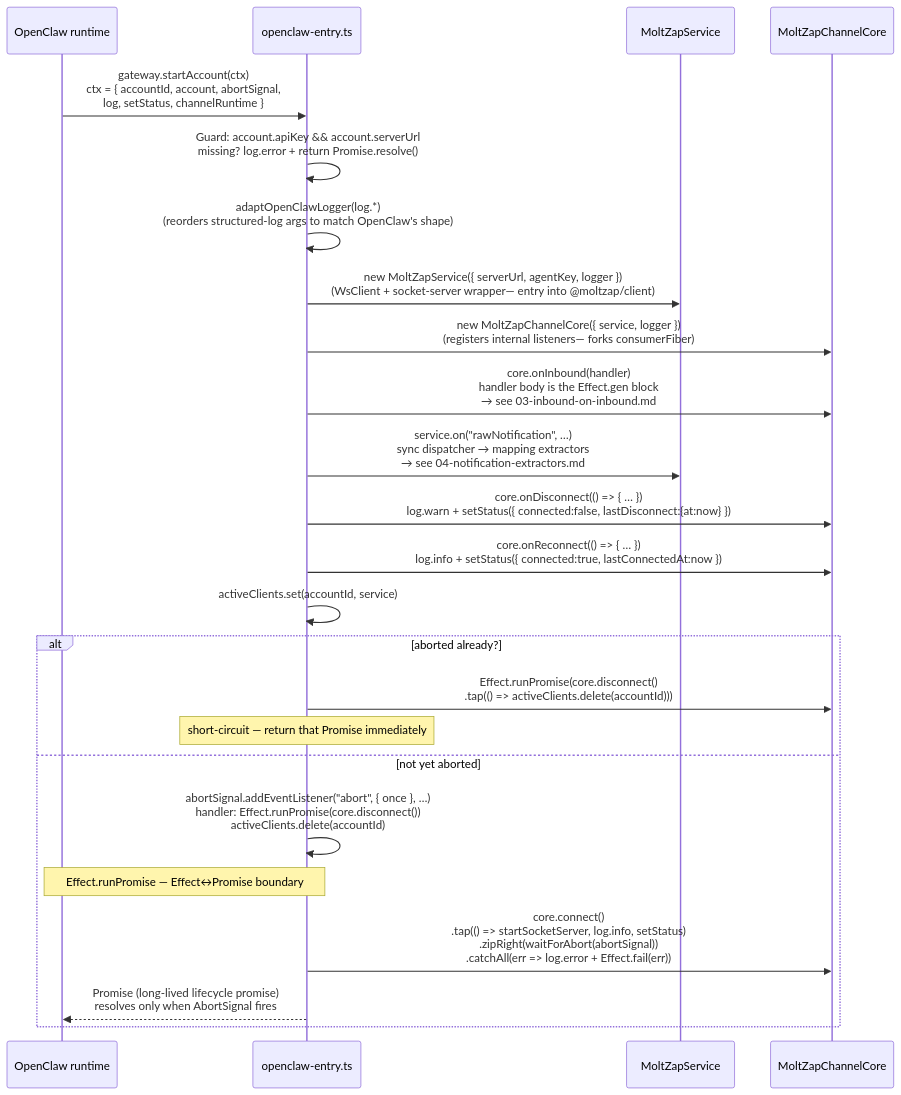
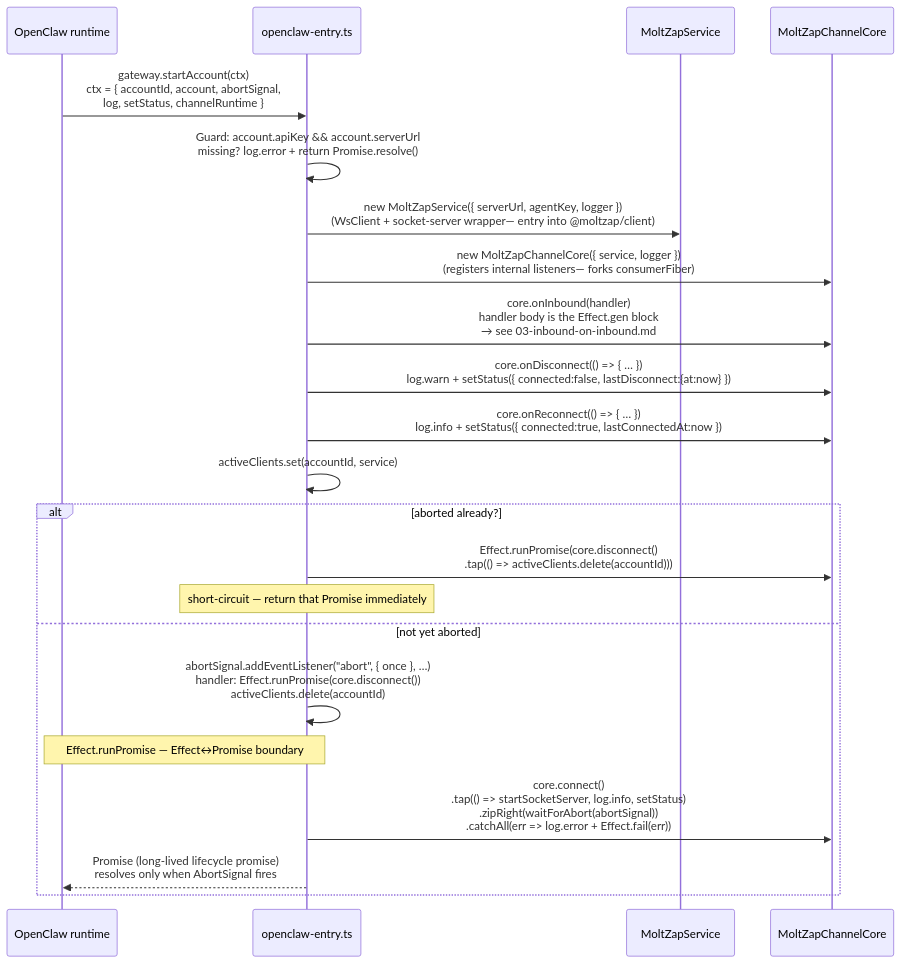
Before and after one commit to chughtapan/moltzap: the diagram in packages/openclaw-channel/docs/architecture/01-start-account-lifecycle.md, drawn with Mermaid. The commit also changed other lines of this file and 22 other files, not shown here.

First line of the commit message:
docs: clean up 27 architecture-doc staleness findings

````diff
--- a/packages/openclaw-channel/docs/architecture/01-start-account-lifecycle.md
+++ b/packages/openclaw-channel/docs/architecture/01-start-account-lifecycle.md
@@ -5,37 +5,33 @@
 ```mermaid
 sequenceDiagram
     participant OC as OpenClaw runtime
     participant Entry as openclaw-entry.ts
     participant Svc as MoltZapService
     participant Core as MoltZapChannelCore
 
     OC->>Entry: gateway.startAccount(ctx)<br>ctx = { accountId, account, abortSignal,<br>         log, setStatus, channelRuntime }
 
     Entry->>Entry: Guard: account.apiKey && account.serverUrl<br>missing? log.error + return Promise.resolve()
 
-    Entry->>Entry: adaptOpenClawLogger(log.*)<br>(reorders structured-log args to match OpenClaw's shape)
-
     Entry->>Svc: new MoltZapService({ serverUrl, agentKey, logger })<br>(WsClient + socket-server wrapper— entry into @moltzap/client)
 
     Entry->>Core: new MoltZapChannelCore({ service, logger })<br>(registers internal listeners— forks consumerFiber)
 
     Entry->>Core: core.onInbound(handler)<br>handler body is the Effect.gen block<br>→ see 03-inbound-on-inbound.md
-
-    Entry->>Svc: service.on("rawNotification", …)<br>sync dispatcher → mapping extractors<br>→ see 04-notification-extractors.md
 
     Entry->>Core: core.onDisconnect(() => { … })<br>log.warn + setStatus({ connected:false, lastDisconnect:{at:now} })
 
     Entry->>Core: core.onReconnect(() => { … })<br>log.info + setStatus({ connected:true, lastConnectedAt:now })
 
     Entry->>Entry: activeClients.set(accountId, service)
 
     alt aborted already?
         Entry->>Core: Effect.runPromise(core.disconnect()<br>  .tap(() => activeClients.delete(accountId)))
         Note over Entry: short-circuit — return that Promise immediately
     else not yet aborted
         Entry->>Entry: abortSignal.addEventListener("abort", { once }, …)<br>handler: Effect.runPromise(core.disconnect())<br>         activeClients.delete(accountId)
         Note over Entry,OC: Effect.runPromise — Effect↔Promise boundary
         Entry->>Core: core.connect()<br>  .tap(() => startSocketServer, log.info, setStatus)<br>  .zipRight(waitForAbort(abortSignal))<br>  .catchAll(err => log.error + Effect.fail(err))
         Entry-->>OC: Promise (long-lived lifecycle promise)<br>resolves only when AbortSignal fires
     end
 ```
````
